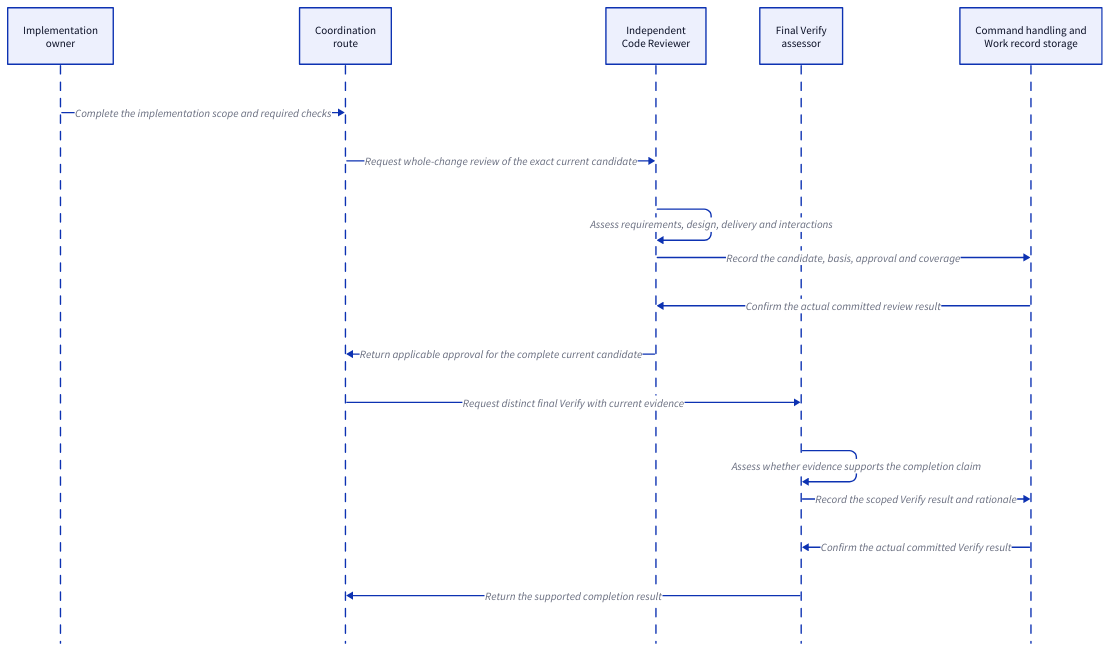
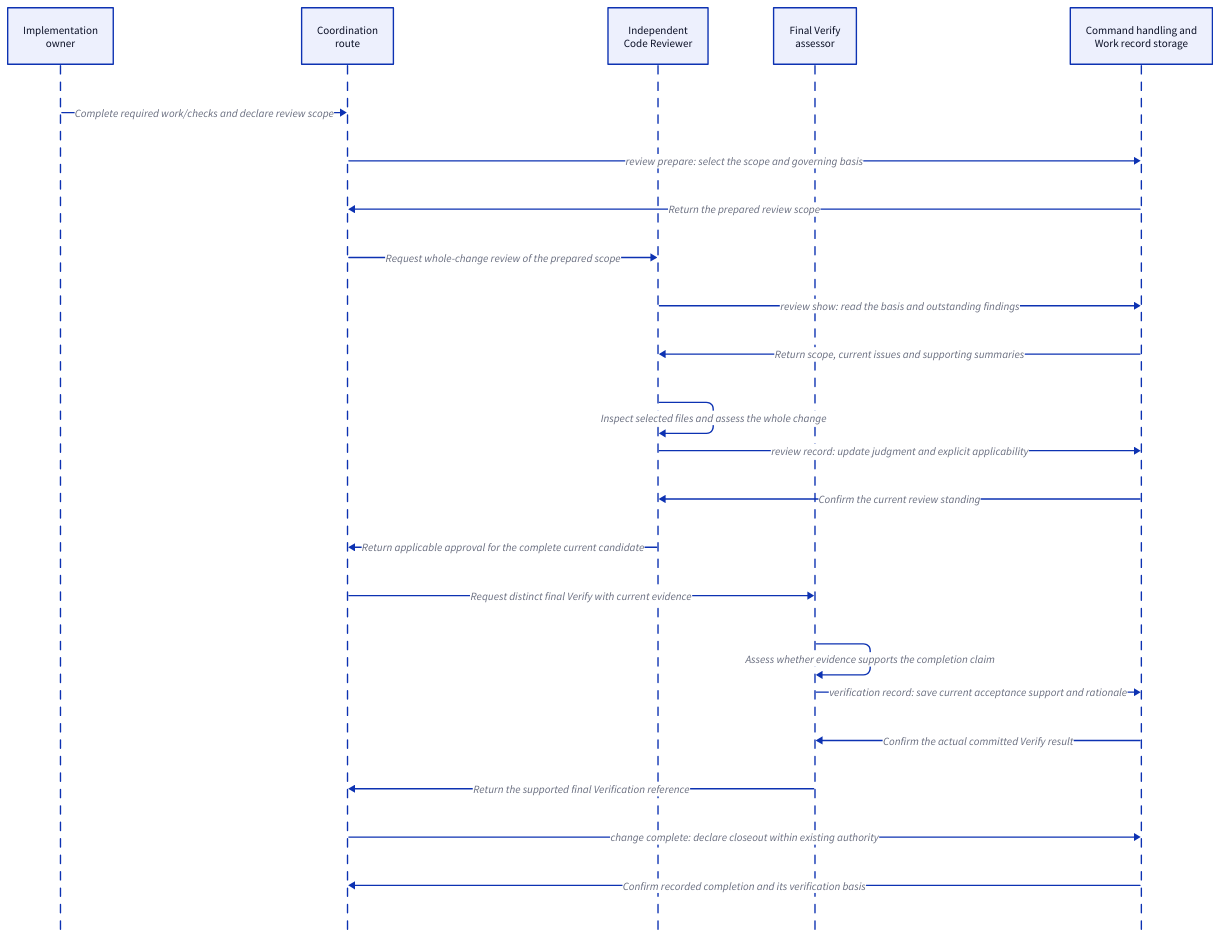
Before and after one commit to xiongxianfei/rigorloop: the first of 2 diagrams in design/architecture/modules/MOD-017-engineering-governance/README.md, drawn with D2. The commit also changed other lines of this file and 141 other files, not shown here.

First line of the commit message:
Refine current-handoff, CLI and SQLite design

````diff
--- a/design/architecture/modules/MOD-017-engineering-governance/README.md
+++ b/design/architecture/modules/MOD-017-engineering-governance/README.md
@@ -19,19 +38,25 @@
 ```d2
 shape: sequence_diagram
 implementer: "Implementation\nowner"
 route: "Coordination\nroute"
 reviewer: "Independent\nCode Reviewer"
 verifier: "Final Verify\nassessor"
 records: "Command handling and\nWork record storage"
-implementer -> route: "Complete the implementation scope and required checks"
-route -> reviewer: "Request whole-change review of the exact current candidate"
-reviewer -> reviewer: "Assess requirements, design, delivery and interactions"
-reviewer -> records: "Record the candidate, basis, approval and coverage"
-records -> reviewer: "Confirm the actual committed review result"
+implementer -> route: "Complete required work/checks and declare review scope"
+route -> records: "review prepare: select the scope and governing basis"
+records -> route: "Return the prepared review scope"
+route -> reviewer: "Request whole-change review of the prepared scope"
+reviewer -> records: "review show: read the basis and outstanding findings"
+records -> reviewer: "Return scope, current issues and supporting summaries"
+reviewer -> reviewer: "Inspect selected files and assess the whole change"
+reviewer -> records: "review record: update judgment and explicit applicability"
+records -> reviewer: "Confirm the current review standing"
 reviewer -> route: "Return applicable approval for the complete current candidate"
 route -> verifier: "Request distinct final Verify with current evidence"
 verifier -> verifier: "Assess whether evidence supports the completion claim"
-verifier -> records: "Record the scoped Verify result and rationale"
+verifier -> records: "verification record: save current acceptance support and rationale"
 records -> verifier: "Confirm the actual committed Verify result"
-verifier -> route: "Return the supported completion result"
+verifier -> route: "Return the supported final Verification reference"
+route -> records: "change complete: declare closeout within existing authority"
+records -> route: "Confirm recorded completion and its verification basis"
 ```
````
